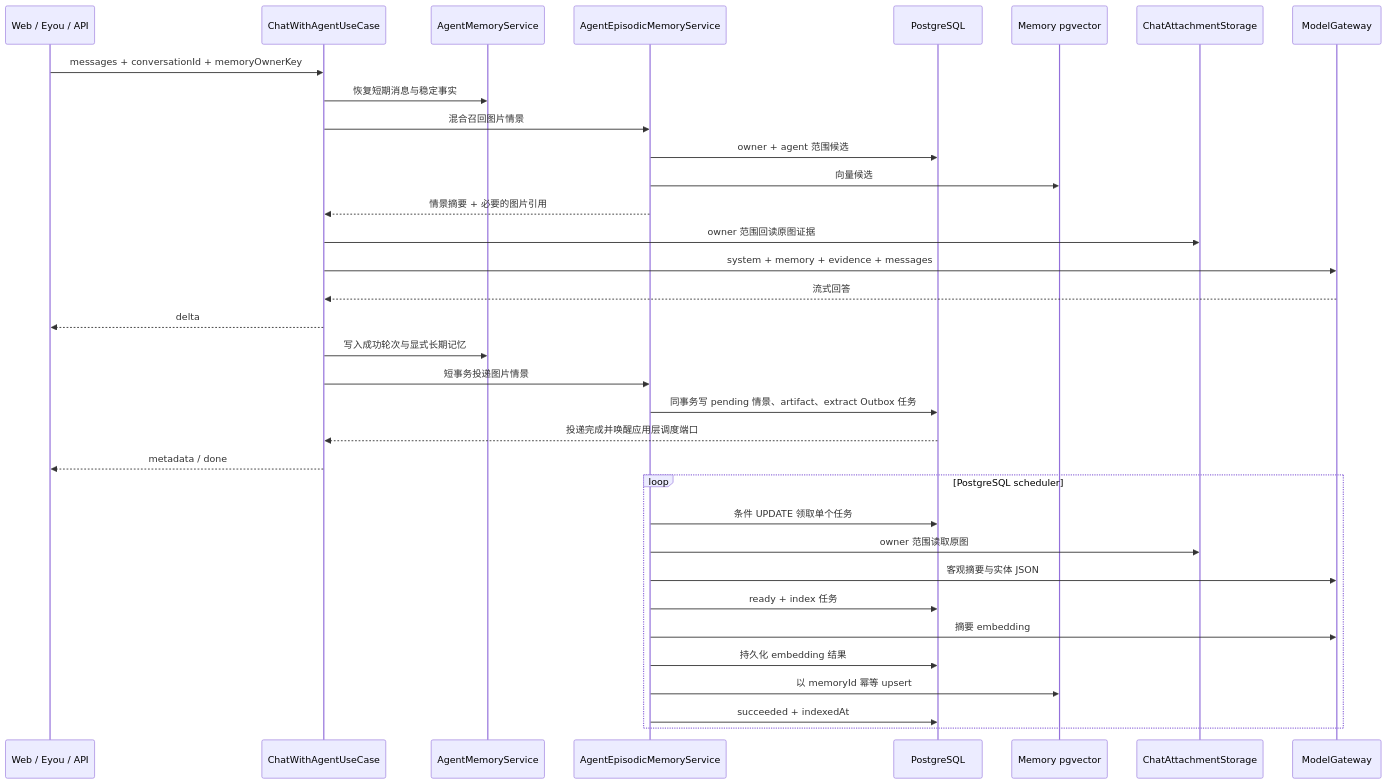
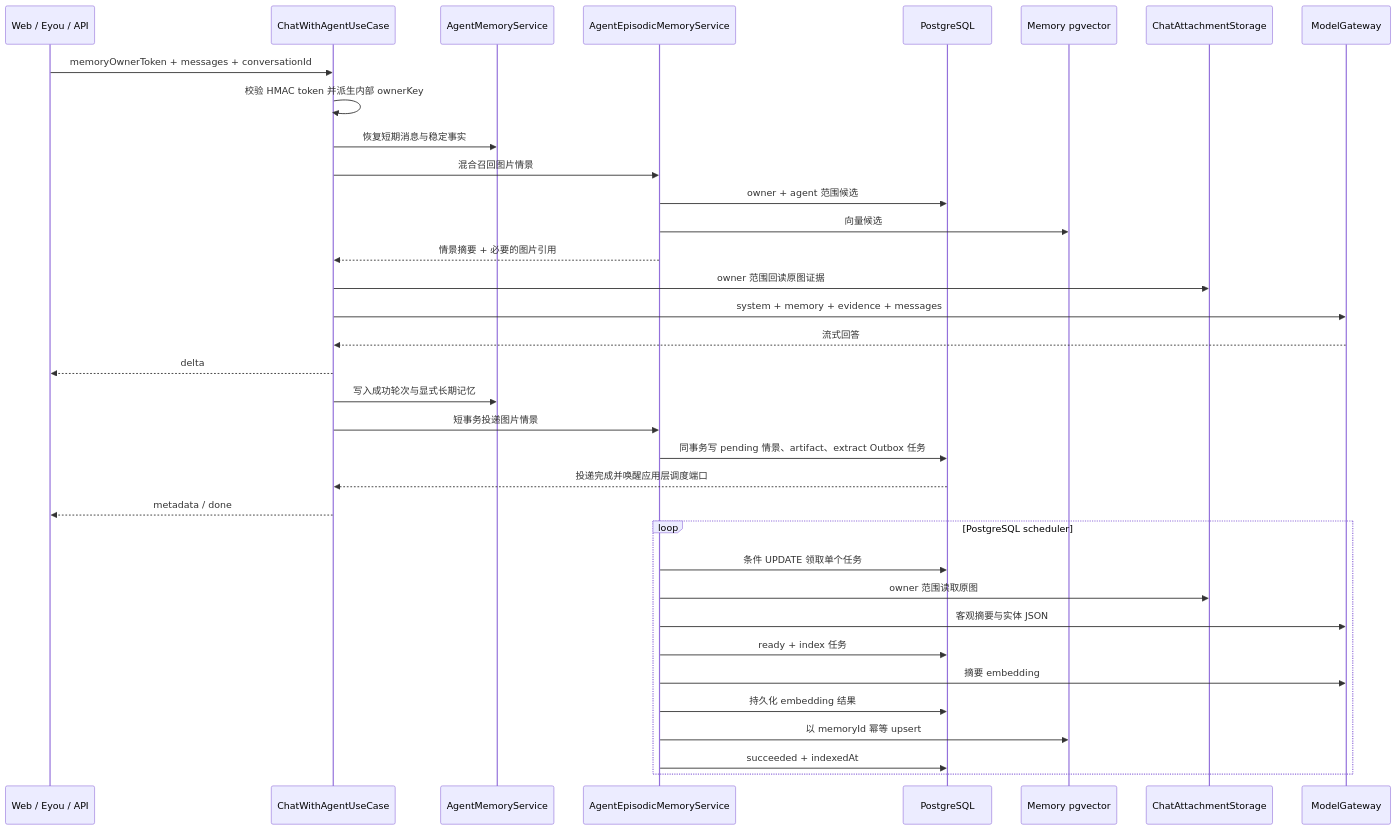
The first of 3 diagrams in docs/modules/agent-memory.md (yiting001/agent), drawn with Mermaid before and after one commit. The commit also changed other lines of this file and 68 other files, not shown here.

Commit message:
fix: harden public memory and ingestion flows

````diff
--- a/docs/modules/agent-memory.md
+++ b/docs/modules/agent-memory.md
@@ -76,37 +80,38 @@
 ```mermaid
 sequenceDiagram
   participant UI as Web / Eyou / API
   participant Chat as ChatWithAgentUseCase
   participant Stable as AgentMemoryService
   participant Episode as AgentEpisodicMemoryService
   participant DB as PostgreSQL
   participant Index as Memory pgvector
   participant Media as ChatAttachmentStorage
   participant Model as ModelGateway
 
-  UI->>Chat: messages + conversationId + memoryOwnerKey
+  UI->>Chat: memoryOwnerToken + messages + conversationId
+  Chat->>Chat: 校验 HMAC token 并派生内部 ownerKey
   Chat->>Stable: 恢复短期消息与稳定事实
   Chat->>Episode: 混合召回图片情景
   Episode->>DB: owner + agent 范围候选
   Episode->>Index: 向量候选
   Episode-->>Chat: 情景摘要 + 必要的图片引用
   Chat->>Media: owner 范围回读原图证据
   Chat->>Model: system + memory + evidence + messages
   Model-->>Chat: 流式回答
   Chat-->>UI: delta
   Chat->>Stable: 写入成功轮次与显式长期记忆
   Chat->>Episode: 短事务投递图片情景
   Episode->>DB: 同事务写 pending 情景、artifact、extract Outbox 任务
   DB-->>Chat: 投递完成并唤醒应用层调度端口
   Chat-->>UI: metadata / done
   loop PostgreSQL scheduler
     Episode->>DB: 条件 UPDATE 领取单个任务
     Episode->>Media: owner 范围读取原图
     Episode->>Model: 客观摘要与实体 JSON
     Episode->>DB: ready + index 任务
     Episode->>Model: 摘要 embedding
     Episode->>DB: 持久化 embedding 结果
     Episode->>Index: 以 memoryId 幂等 upsert
     Episode->>DB: succeeded + indexedAt
   end
 ```
````
